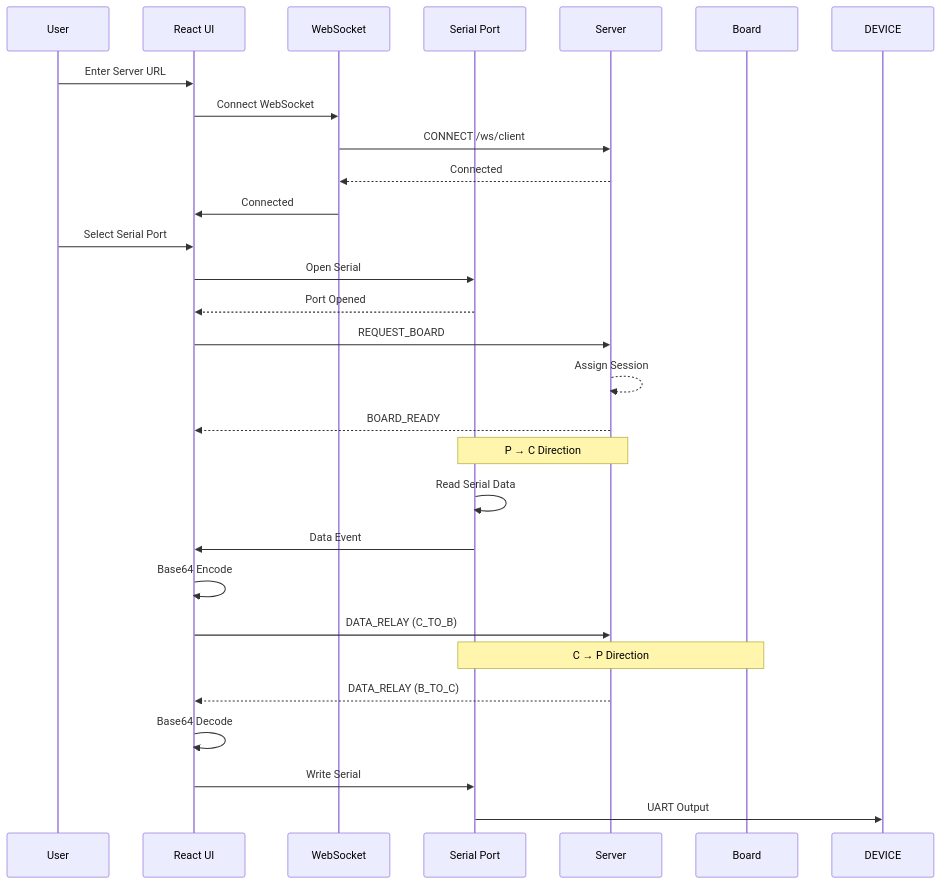
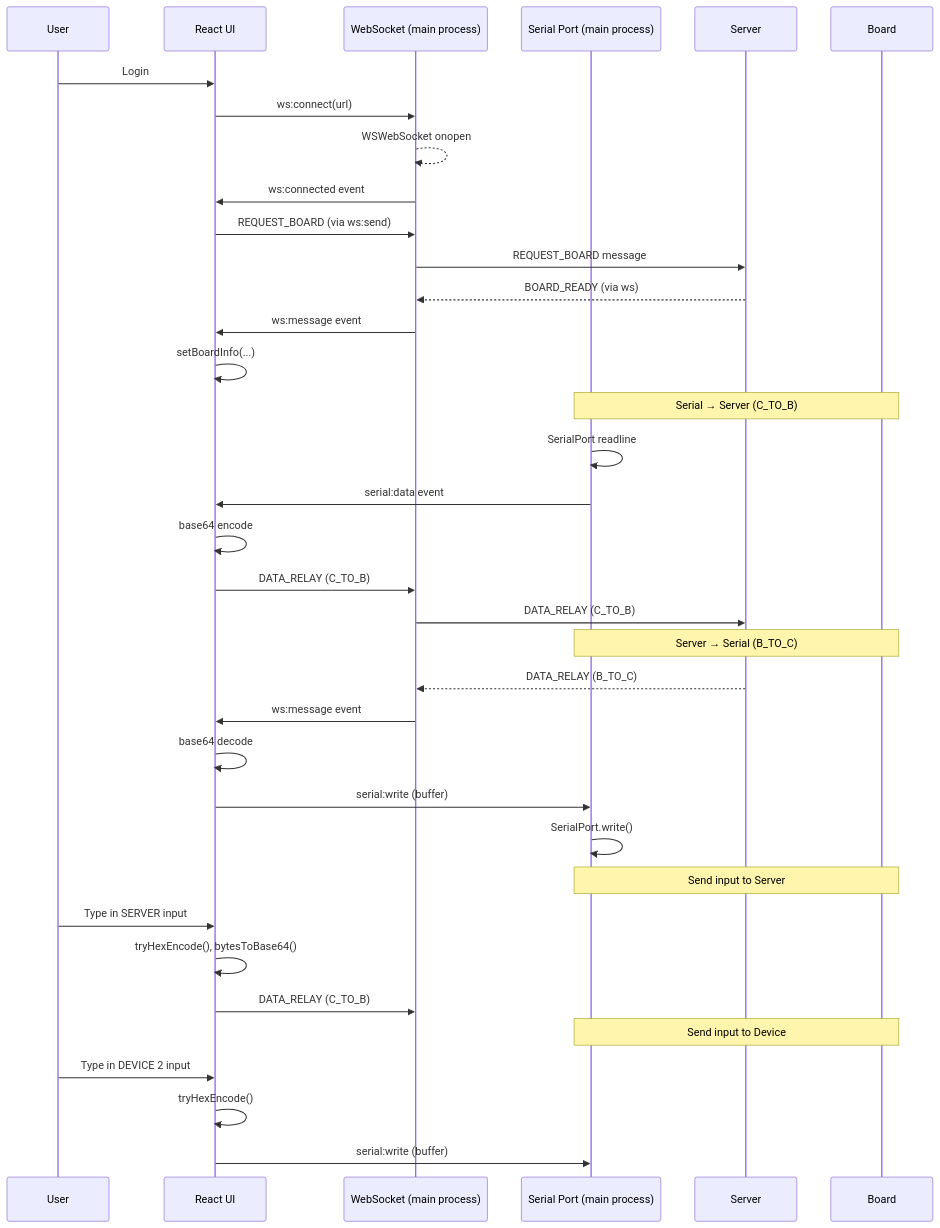
Before and after one commit to hyunu/nexio: the second of 2 diagrams in apps/client/design.md, drawn with Mermaid. The commit also changed other lines of this file, not shown here.

Commit message:
docs(client): sync design.md with latest client code (process model, IPC channels, WS/serial behavior)

````diff
--- a/apps/client/design.md
+++ b/apps/client/design.md
@@ -32,34 +148,43 @@
 ```mermaid
 sequenceDiagram
     participant User
     participant UI as React UI
-    participant WS as WebSocket
-    participant SER as Serial Port
-    participant S as Server
+    participant WS as WebSocket (main process)
+    participant SER as Serial Port (main process)
+    participant SVR as Server
     participant B as Board
 
-    User->>UI: Enter Server URL
-    UI->>WS: Connect WebSocket
-    WS->>S: CONNECT /ws/client
-    S-->>WS: Connected
-    WS->>UI: Connected
+    User->>UI: Login
+    UI->>WS: ws:connect(url)
+    WS-->>WS: WSWebSocket onopen
+    WS->>UI: ws:connected event
+    UI->>WS: REQUEST_BOARD (via ws:send)
+    WS->>SVR: REQUEST_BOARD message
+    SVR-->>WS: BOARD_READY (via ws)
+    WS->>UI: ws:message event
+    UI->>UI: setBoardInfo(...)
 
-    User->>UI: Select Serial Port
-    UI->>SER: Open Serial
-    SER-->>UI: Port Opened
-    UI->>S: REQUEST_BOARD
-    S-->>S: Assign Session
-    S-->>UI: BOARD_READY
+    Note over SER,B: Serial → Server (C_TO_B)
+    SER->>SER: SerialPort readline
+    SER->>UI: serial:data event
+    UI->>UI: base64 encode
+    UI->>WS: DATA_RELAY (C_TO_B)
+    WS->>SVR: DATA_RELAY (C_TO_B)
 
-    Note over SER,S: P → C Direction
-    SER->>SER: Read Serial Data
-    SER->>UI: Data Event
-    UI->>UI: Base64 Encode
-    UI->>S: DATA_RELAY (C_TO_B)
+    Note over B,SER: Server → Serial (B_TO_C)
+    SVR-->>WS: DATA_RELAY (B_TO_C)
+    WS->>UI: ws:message event
+    UI->>UI: base64 decode
+    UI->>SER: serial:write (buffer)
+    SER->>SER: SerialPort.write()
 
-    Note over B,SER: C → P Direction
-    S-->>UI: DATA_RELAY (B_TO_C)
-    UI->>UI: Base64 Decode
-    UI->>SER: Write Serial
-    SER->>DEVICE: UART Output
+    Note over B,SER: Send input to Server
+    User->>UI: Type in SERVER input
+    UI->>UI: tryHexEncode(), bytesToBase64()
+    UI->>WS: DATA_RELAY (C_TO_B)
+
+    Note over B,SER: Send input to Device
+    User->>UI: Type in DEVICE 2 input
+    UI->>UI: tryHexEncode()
+    UI->>SER: serial:write (buffer)
 ```
````
